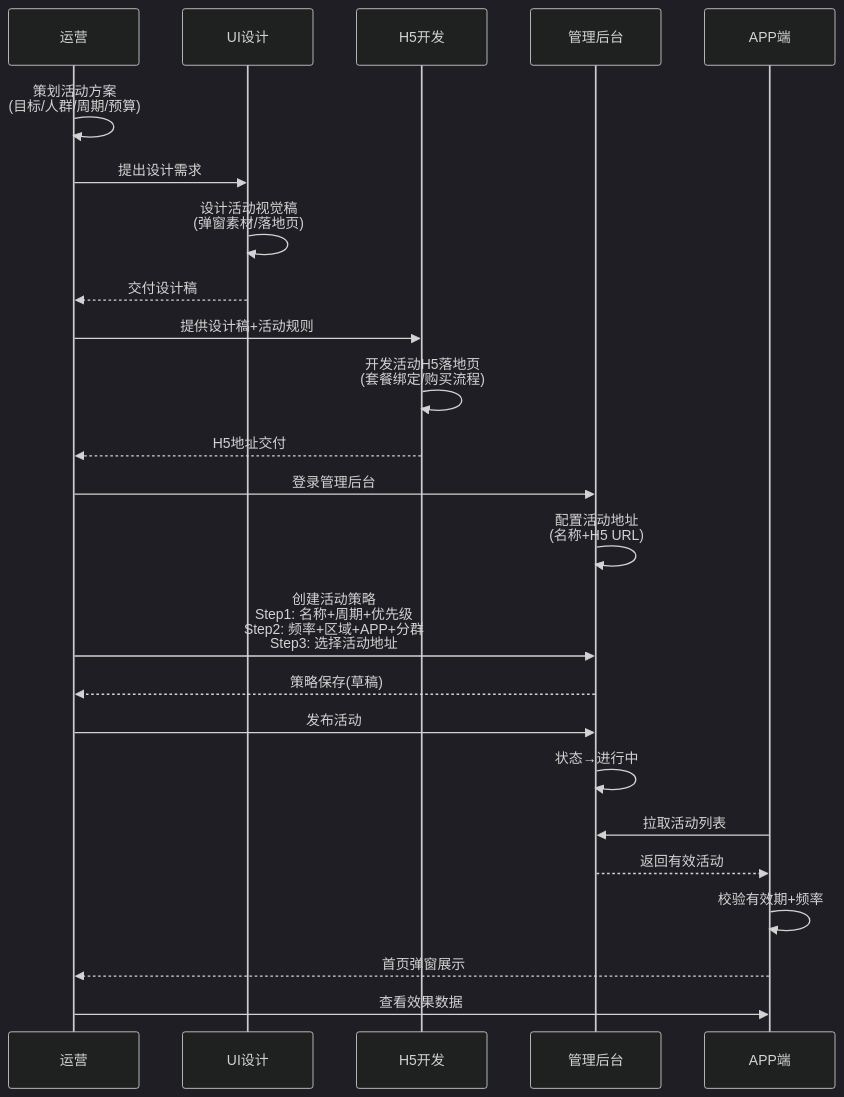
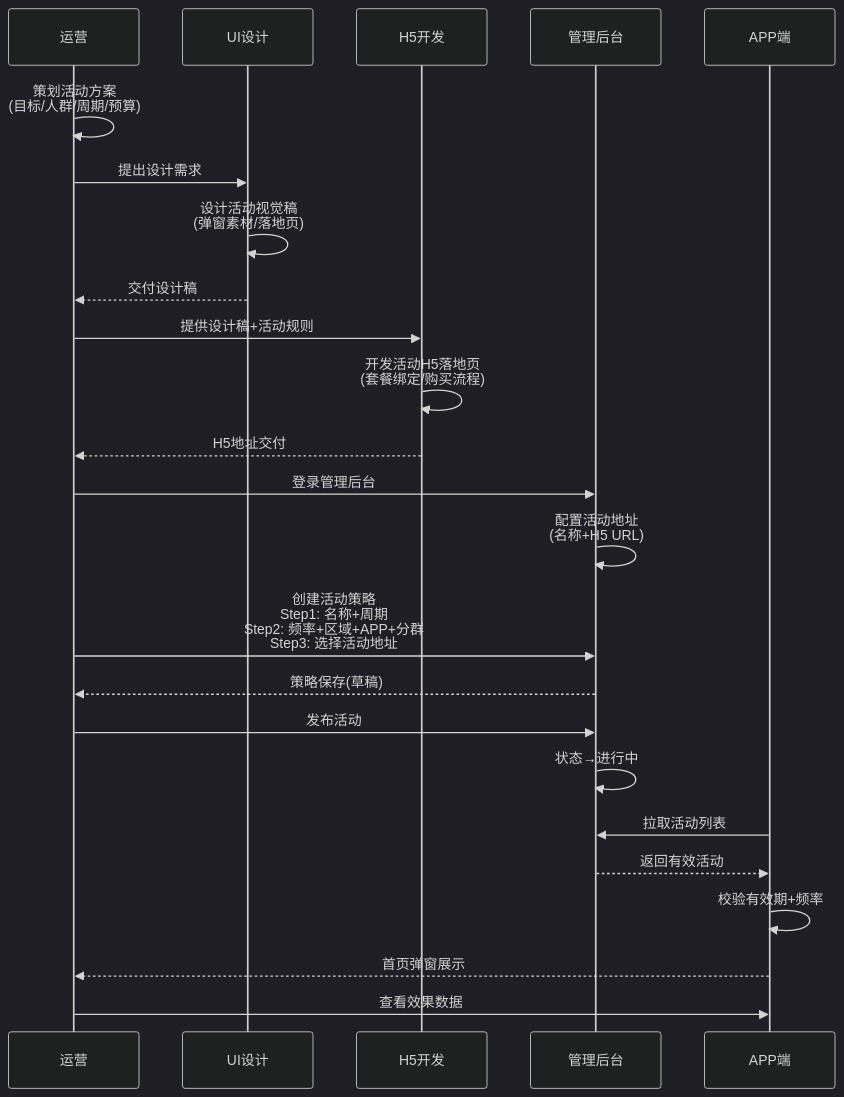
The third of 4 diagrams in docs/prd_full/活动位运营/活动位运营03PRD.md (hongtao-l/platform), drawn with Mermaid (dark theme) before and after one commit. The commit also changed other lines of this file and 17 other files, not shown here.

````diff
--- a/docs/prd_full/活动位运营/活动位运营03PRD.md
+++ b/docs/prd_full/活动位运营/活动位运营03PRD.md
@@ -137,30 +141,30 @@
 ```mermaid
 sequenceDiagram
     participant OP as 运营
     participant UI as UI设计
     participant H5 as H5开发
     participant Admin as 管理后台
     participant APP as APP端
 
     OP->>OP: 策划活动方案<br/>(目标/人群/周期/预算)
     OP->>UI: 提出设计需求
     UI->>UI: 设计活动视觉稿<br/>(弹窗素材/落地页)
     UI-->>OP: 交付设计稿
 
     OP->>H5: 提供设计稿+活动规则
     H5->>H5: 开发活动H5落地页<br/>(套餐绑定/购买流程)
     H5-->>OP: H5地址交付
 
     OP->>Admin: 登录管理后台
     Admin->>Admin: 配置活动地址<br/>(名称+H5 URL)
-    OP->>Admin: 创建活动策略<br/>Step1: 名称+周期+优先级<br/>Step2: 频率+区域+APP+分群<br/>Step3: 选择活动地址
+    OP->>Admin: 创建活动策略<br/>Step1: 名称+周期<br/>Step2: 频率+区域+APP+分群<br/>Step3: 选择活动地址
     Admin-->>OP: 策略保存(草稿)
     OP->>Admin: 发布活动
     Admin->>Admin: 状态→进行中
 
     APP->>Admin: 拉取活动列表
     Admin-->>APP: 返回有效活动
     APP->>APP: 校验有效期+频率
     APP-->>OP: 首页弹窗展示
     OP->>APP: 查看效果数据
 ```
````
